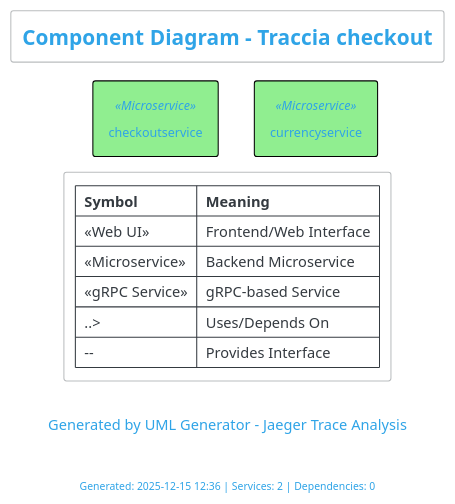
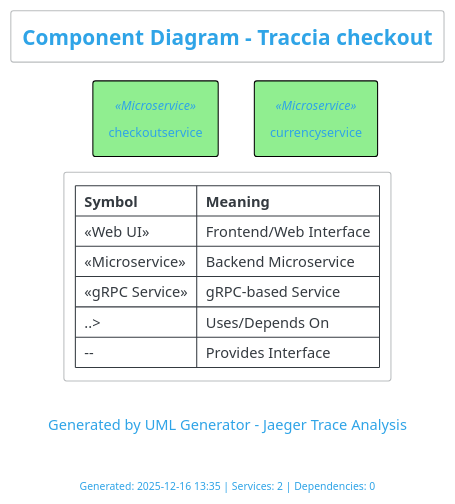
One commit to HiImLuxifer/UML_Generator changed the diagram in diagrams/component-checkout.puml. Above: the diagram before and after it, drawn with PlantUML. The commit also changed 124 other files, not shown here.

```diff
--- a/diagrams/component-checkout.puml
+++ b/diagrams/component-checkout.puml
@@ -1,41 +1,41 @@
 @startuml
 !theme cerulean-outline
 
 skinparam componentStyle rectangle
 skinparam shadowing false
 skinparam roundcorner 5
 skinparam defaultTextAlignment center
 
 skinparam component {
   BackgroundColor<<Web UI>> LightBlue
   BackgroundColor<<Microservice>> LightGreen
   BackgroundColor<<gRPC Service>> PaleGreen
   BackgroundColor<<Database>> LightYellow
   BackgroundColor<<Cache>> Wheat
   BorderColor Black
   FontSize 12
 }
 
 title Component Diagram - Traccia checkout
 
 caption Generated by UML Generator - Jaeger Trace Analysis
 
 ' Service Components
 component "checkoutservice" <<Microservice>>
 component "currencyservice" <<Microservice>>
 
 ' Service interfaces and dependencies
 legend right
   |= Symbol |= Meaning |
   | <<Web UI>> | Frontend/Web Interface |
   | <<Microservice>> | Backend Microservice |
   | <<gRPC Service>> | gRPC-based Service |
   | ..> | Uses/Depends On |
   | -- | Provides Interface |
 endlegend
 
 footer
-Generated: 2025-12-15 12:36 | Services: 2 | Dependencies: 0
+Generated: 2025-12-16 13:35 | Services: 2 | Dependencies: 0
 endfooter
 
 @enduml
```
